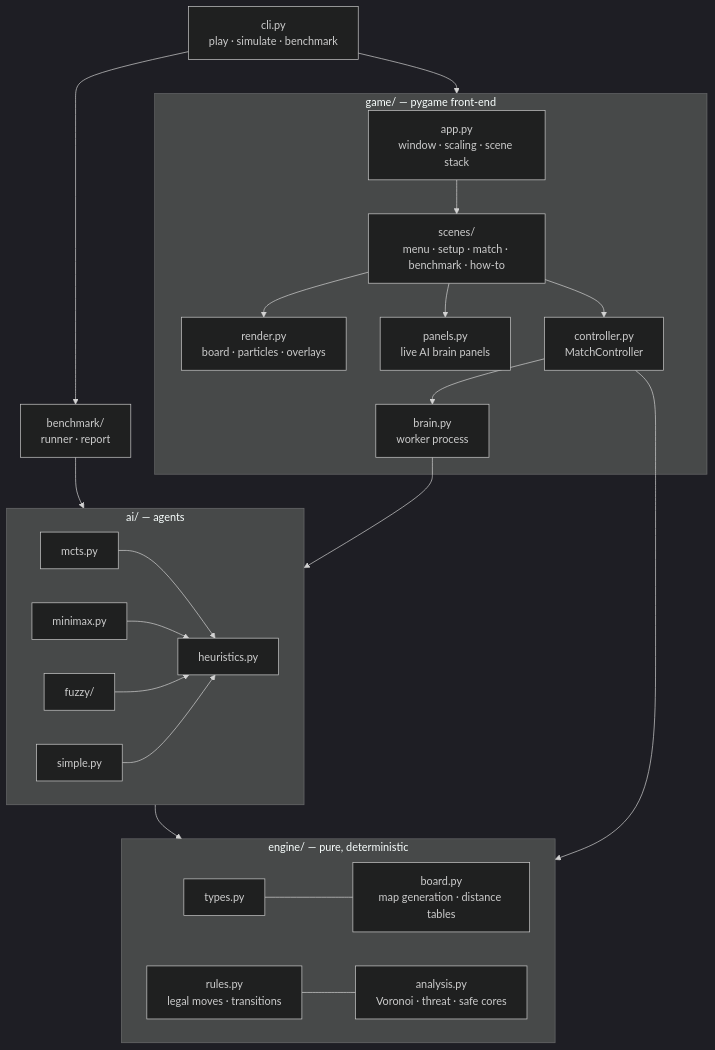
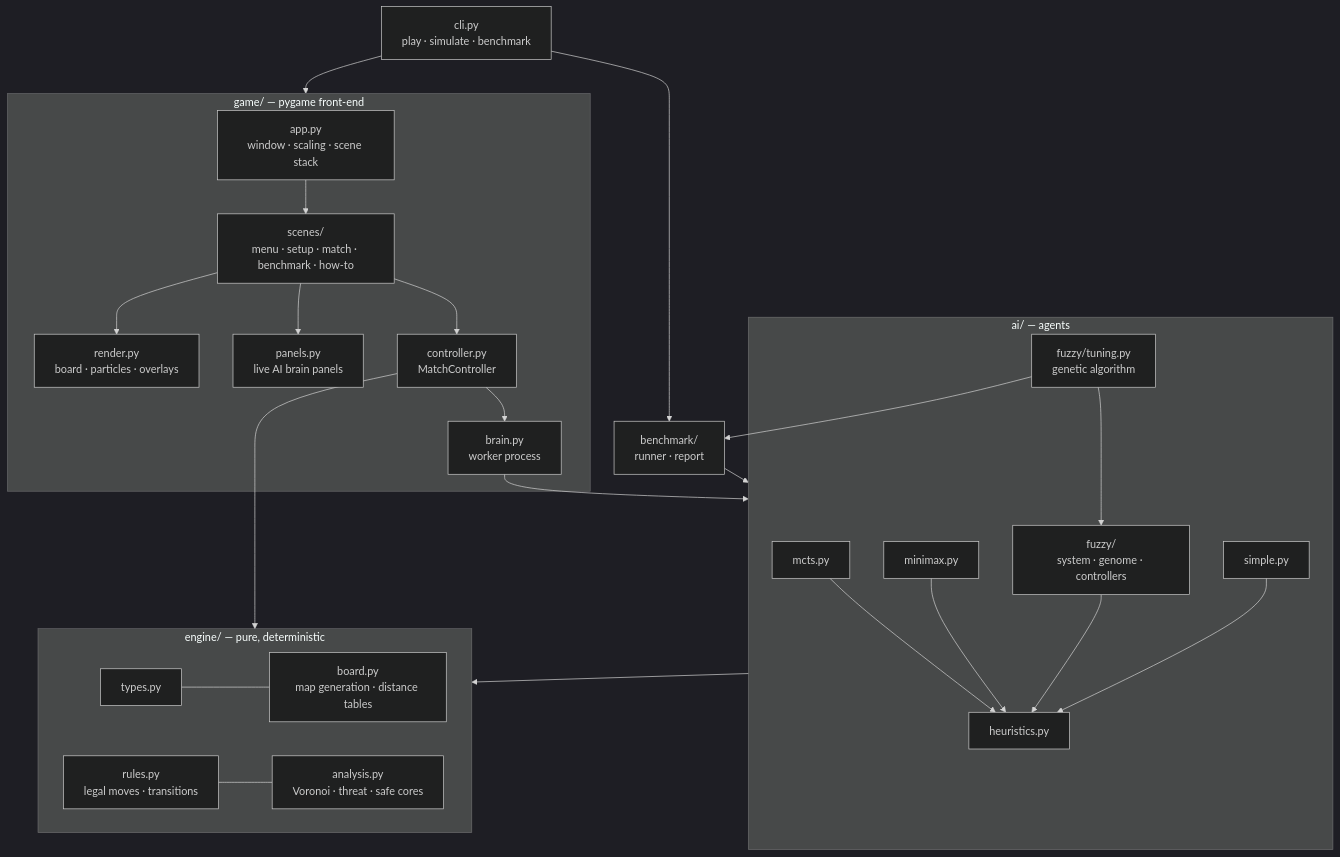
Before and after one commit to k-i-mahi/AI-Project: the diagram in docs/ARCHITECTURE.md, drawn with Mermaid (dark theme). The commit also changed other lines of this file and 23 other files, not shown here.

````diff
--- a/docs/ARCHITECTURE.md
+++ b/docs/ARCHITECTURE.md
@@ -7,23 +7,25 @@
 ```mermaid
 flowchart TD
     CLI[cli.py<br/>play · simulate · benchmark] --> GAME
     CLI --> BENCH
     subgraph GAME[game/ — pygame front-end]
         APP[app.py<br/>window · scaling · scene stack] --> SCENES[scenes/<br/>menu · setup · match · benchmark · how-to]
         SCENES --> RENDER[render.py<br/>board · particles · overlays]
         SCENES --> PANELS[panels.py<br/>live AI brain panels]
         SCENES --> CTRL[controller.py<br/>MatchController]
         CTRL --> BRAIN[brain.py<br/>worker process]
     end
     BENCH[benchmark/<br/>runner · report] --> AI
     BRAIN --> AI
     subgraph AI[ai/ — agents]
-        MCTS[mcts.py] & MM[minimax.py] & FZ[fuzzy/] & BASE[simple.py] --> H[heuristics.py]
+        MCTS[mcts.py] & MM[minimax.py] & FZ[fuzzy/<br/>system · genome · controllers] & BASE[simple.py] --> H[heuristics.py]
+        GA[fuzzy/tuning.py<br/>genetic algorithm] --> FZ
     end
+    GA --> BENCH
     AI --> ENGINE
     CTRL --> ENGINE
     subgraph ENGINE[engine/ — pure, deterministic]
         TYPES[types.py] --- BOARD[board.py<br/>map generation · distance tables]
         RULES[rules.py<br/>legal moves · transitions] --- ANALYSIS[analysis.py<br/>Voronoi · threat · safe cores]
     end
 ```
````
